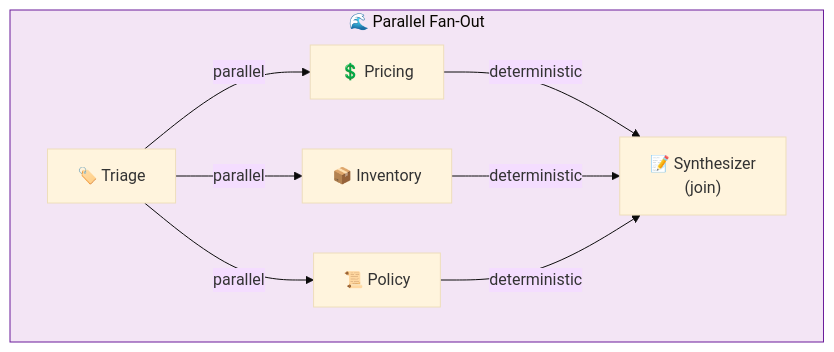
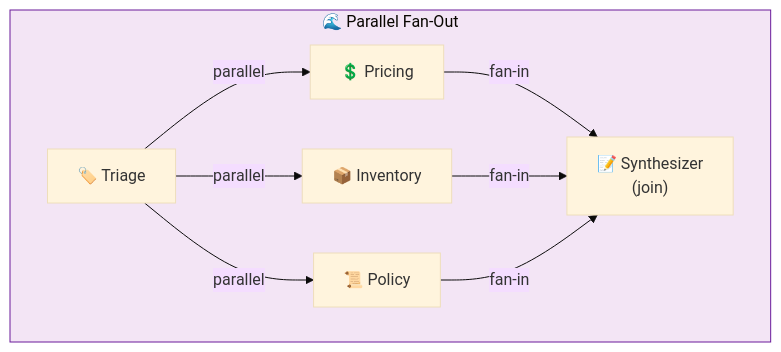
One commit to natefleming/retail-ai changed the ninth of 11 diagrams in config/examples/13_orchestration/README.md. Above: the diagram before and after it, drawn with Mermaid. The commit also changed other lines of this file and 9 other files, not shown here.

````diff
--- a/config/examples/13_orchestration/README.md
+++ b/config/examples/13_orchestration/README.md
@@ -383,21 +383,21 @@
 ```mermaid
 %%{init: {'theme': 'base'}}%%
 flowchart LR
     subgraph FanOut["🌊 Parallel Fan-Out"]
         direction LR
         T["🏷️ Triage"]
         P["💲 Pricing"]
         I["📦 Inventory"]
         Y["📜 Policy"]
         S["📝 Synthesizer<br/>(join)"]
 
         T -->|"parallel"| P
         T -->|"parallel"| I
         T -->|"parallel"| Y
-        P -->|"deterministic"| S
-        I -->|"deterministic"| S
-        Y -->|"deterministic"| S
+        P -->|"fan-in"| S
+        I -->|"fan-in"| S
+        Y -->|"fan-in"| S
     end
 
     style FanOut fill:#f3e5f5,stroke:#6a1b9a
 ```
````
